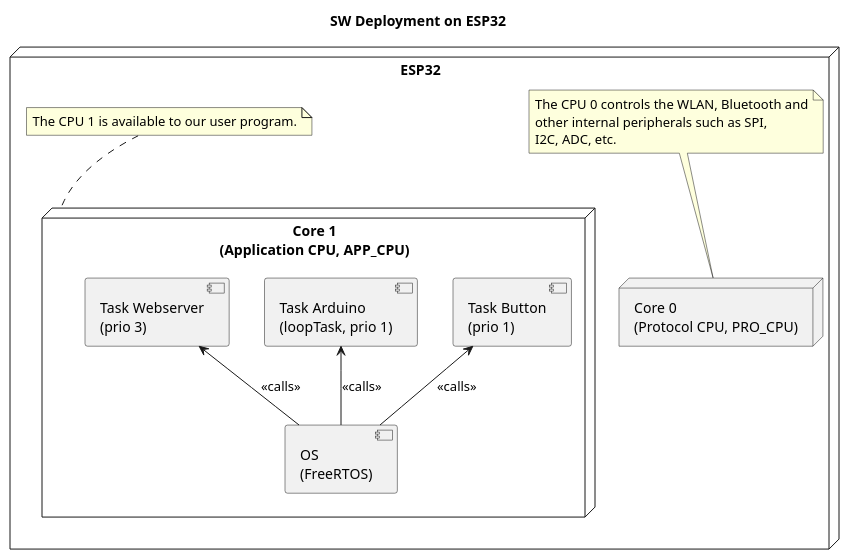
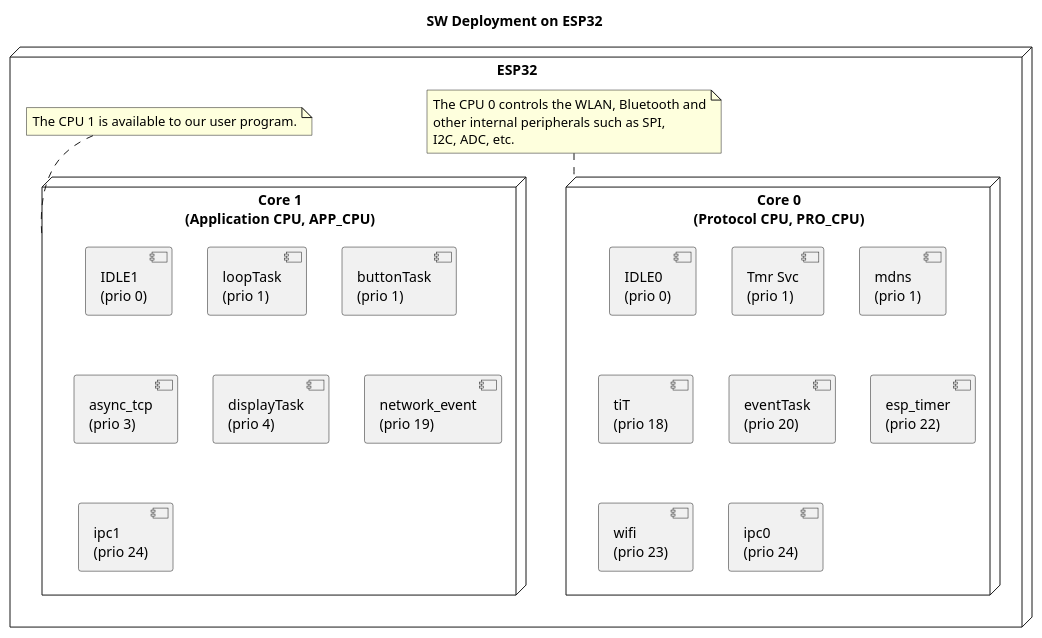
Before and after one commit to BlueAndi/Pixelix: the diagram in doc/design/sw-deployment.plantuml, drawn with PlantUML. The commit also changed 2 other files, not shown here.

Commit message:
Deployment updated to current state. Display update task name changed, to a shorter length.

```diff
--- a/doc/design/sw-deployment.plantuml
+++ b/doc/design/sw-deployment.plantuml
@@ -1,33 +1,41 @@
 @startuml
 
 title SW Deployment on ESP32
 
 node "ESP32" {
 
-    node "Core 0\n(Protocol CPU, PRO_CPU)" as proCpu{
+    node "Core 0\n(Protocol CPU, PRO_CPU)" as proCpu {
+
+        component "IDLE0\n(prio 0)" as idle1Task
+        component "Tmr Svc\n(prio 1)" as tmrSvcTask
+        component "mdns\n(prio 1)" as mdnsTask
+        component "tiT\n(prio 18)" as tiTTask
+        component "eventTask\n(prio 20)" as eventTask
+        component "esp_timer\n(prio 22)" as espTimerTask
+        component "wifi\n(prio 23)" as wifiTask
+        component "ipc0\n(prio 24)" as ipc0Task
     }
     
     node "Core 1\n(Application CPU, APP_CPU)" as appCpu {
     
-        component "Task Button\n(prio 1)" as taskButton
-        component "Task Arduino\n(loopTask, prio 1)" as taskArduino
-        component "Task Webserver\n(prio 3)" as taskWebServer
-        component "OS\n(FreeRTOS)" as os
-    
-        taskArduino <-- os: <<calls>>
-        taskButton <-- os: <<calls>>
-        taskWebServer <-- os: <<calls>>
+        component "IDLE1\n(prio 0)" as idle0Task
+        component "loopTask\n(prio 1)" as loopTask
+        component "buttonTask\n(prio 1)" as buttonTask
+        component "async_tcp\n(prio 3)" as asyncTcpTask
+        component "displayTask\n(prio 4)" as displayTask
+        component "network_event\n(prio 19)" as networkEventTask
+        component "ipc1\n(prio 24)" as ipc1Task
     }
 
     note top of proCpu
         The CPU 0 controls the WLAN, Bluetooth and
         other internal peripherals such as SPI,
         I2C, ADC, etc.
     end note
 
     note top of appCpu
         The CPU 1 is available to our user program.
     end note
 }
 
 @enduml
```
